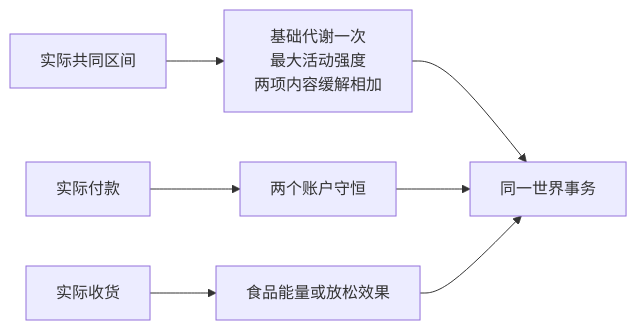
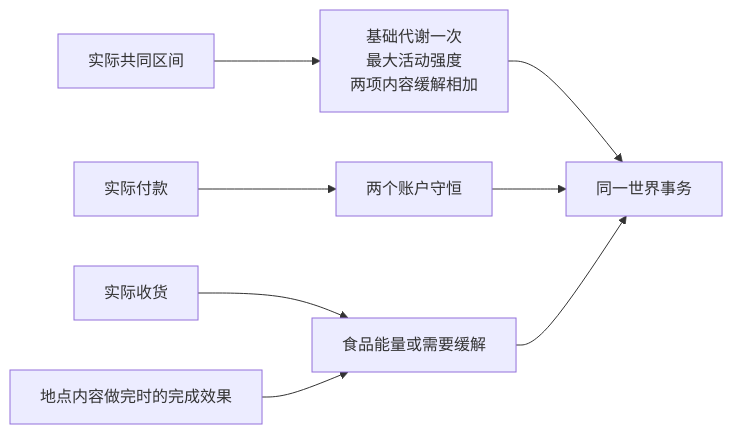
Before and after one commit to HoldThatThgt/WorldMock: the diagram in docs/design/02-exchange-engine.md, drawn with Mermaid. The commit also changed other lines of this file and 16 other files, not shown here.

````diff
--- a/docs/design/02-exchange-engine.md
+++ b/docs/design/02-exchange-engine.md
@@ -10,9 +10,10 @@
 ```mermaid
 flowchart LR
     Interval[实际共同区间] --> Body[基础代谢一次<br/>最大活动强度<br/>两项内容缓解相加]
     Payment[实际付款] --> Money[两个账户守恒]
-    Receipt[实际收货] --> Effect[食品能量或放松效果]
+    Receipt[实际收货] --> Effect[食品能量或需要缓解]
+    Completion[地点内容做完时的完成效果] --> Effect
     Body --> Commit[同一世界事务]
     Money --> Commit
     Effect --> Commit
 ```
````
